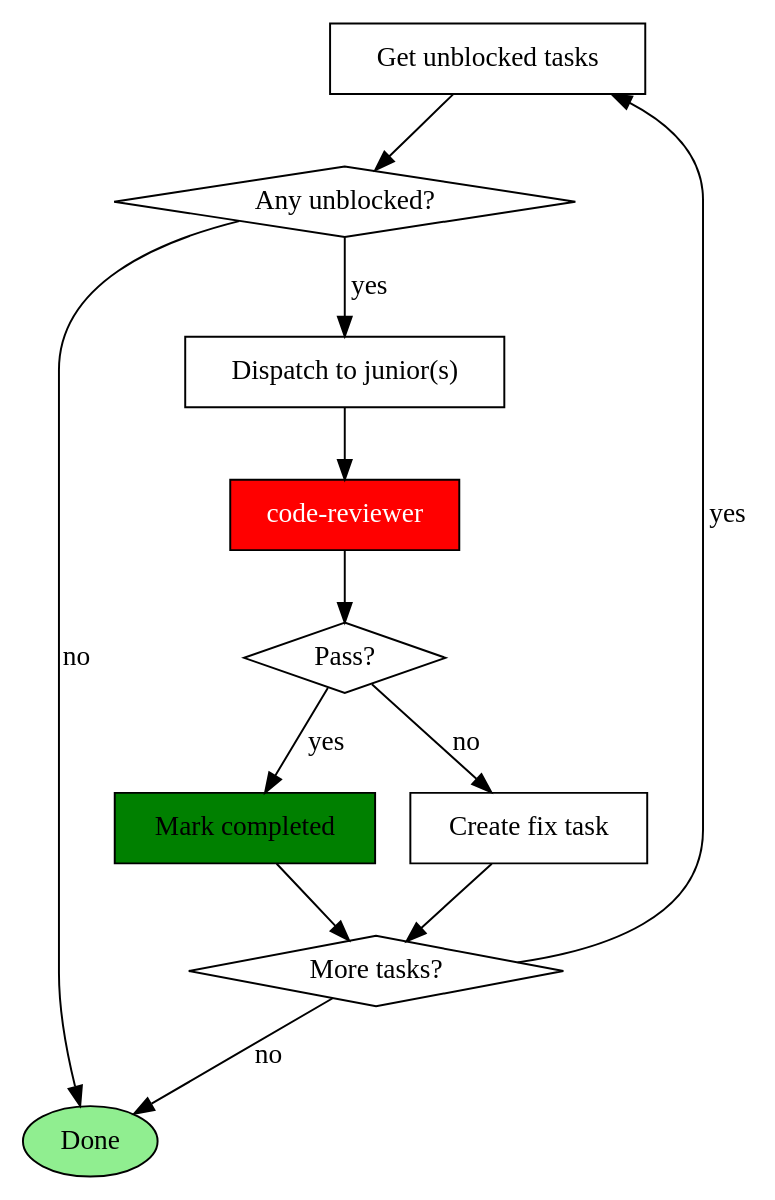
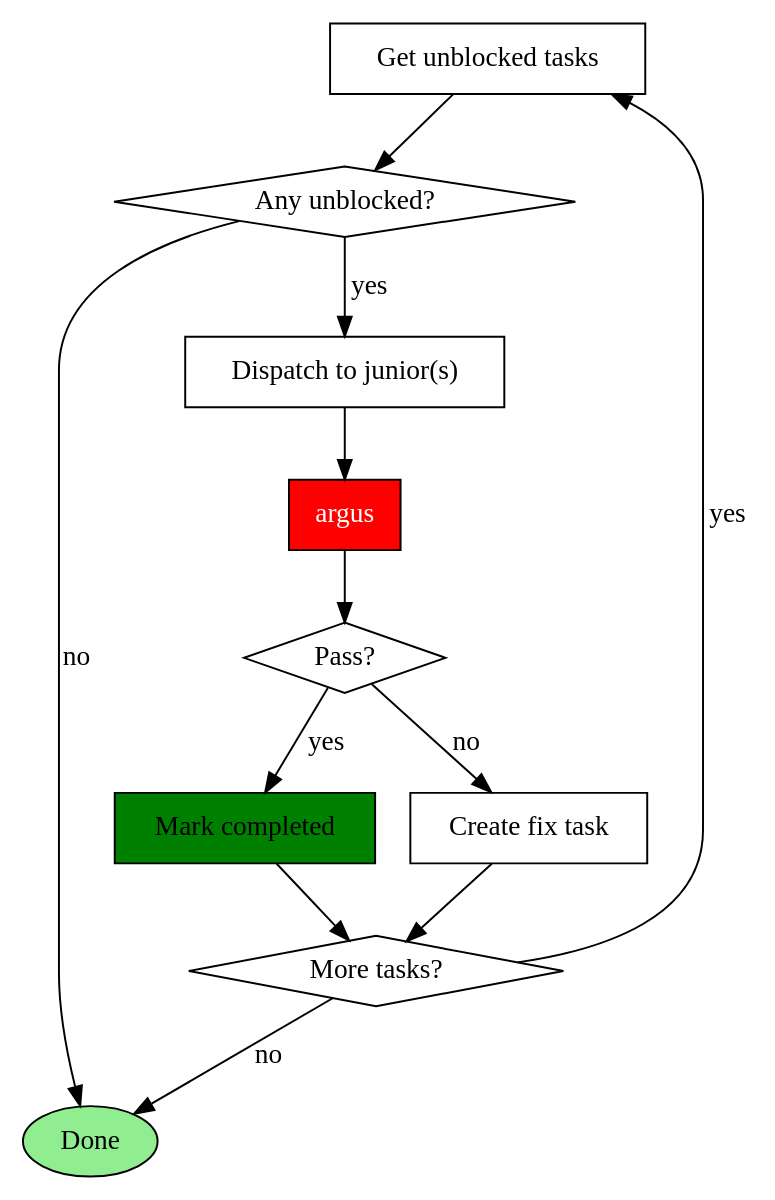
One commit to toongri/oh-my-toong-playground changed the third of 4 diagrams in skills/sisyphus/SKILL.md. Above: the diagram before and after it, drawn with Graphviz. The commit also changed other lines of this file and 15 other files, not shown here.

````diff
--- a/skills/sisyphus/SKILL.md
+++ b/skills/sisyphus/SKILL.md
@@ -219,26 +219,26 @@
 ```dot
 digraph task_loop {
     rankdir=TB;
     "Get unblocked tasks" [shape=box];
     "Any unblocked?" [shape=diamond];
     "Dispatch to junior(s)" [shape=box];
-    "code-reviewer" [shape=box, style=filled, fillcolor=red, fontcolor=white];
+    "argus" [shape=box, style=filled, fillcolor=red, fontcolor=white];
     "Pass?" [shape=diamond];
     "Mark completed" [shape=box, style=filled, fillcolor=green];
     "Create fix task" [shape=box];
     "More tasks?" [shape=diamond];
     "Done" [shape=ellipse, style=filled, fillcolor=lightgreen];
 
     "Get unblocked tasks" -> "Any unblocked?";
     "Any unblocked?" -> "Dispatch to junior(s)" [label="yes"];
     "Any unblocked?" -> "Done" [label="no"];
-    "Dispatch to junior(s)" -> "code-reviewer";
-    "code-reviewer" -> "Pass?";
+    "Dispatch to junior(s)" -> "argus";
+    "argus" -> "Pass?";
     "Pass?" -> "Mark completed" [label="yes"];
     "Pass?" -> "Create fix task" [label="no"];
     "Mark completed" -> "More tasks?";
     "Create fix task" -> "More tasks?";
     "More tasks?" -> "Get unblocked tasks" [label="yes"];
     "More tasks?" -> "Done" [label="no"];
 }
 ```
````
